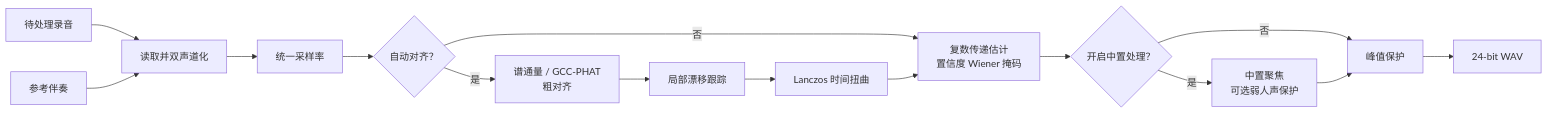
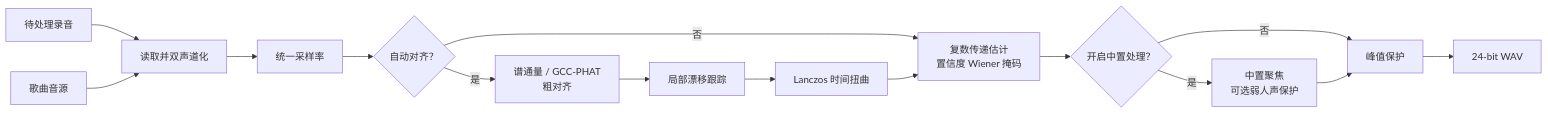
The diagram in docs/reference-removal.md (ChouChiu/Purivox), drawn with Mermaid before and after one commit. The commit also changed other lines of this file and 13 other files, not shown here.

````diff
--- a/docs/reference-removal.md
+++ b/docs/reference-removal.md
@@ -26,17 +30,17 @@
 ```mermaid
 flowchart LR
     mix["待处理录音"] --> read["读取并双声道化"]
-    ref["参考伴奏"] --> read
+    ref["歌曲音源"] --> read
     read --> rate["统一采样率"]
     rate --> enabled{"自动对齐？"}
     enabled -->|是| coarse["谱通量 / GCC-PHAT<br/>粗对齐"]
     coarse --> drift["局部漂移跟踪"]
     drift --> warp["Lanczos 时间扭曲"]
     enabled -->|否| mask["复数传递估计<br/>置信度 Wiener 掩码"]
     warp --> mask
     mask --> center{"开启中置处理？"}
     center -->|是| focus["中置聚焦<br/>可选弱人声保护"]
     center -->|否| protect["峰值保护"]
     focus --> protect
     protect --> output["24-bit WAV"]
 ```
````
